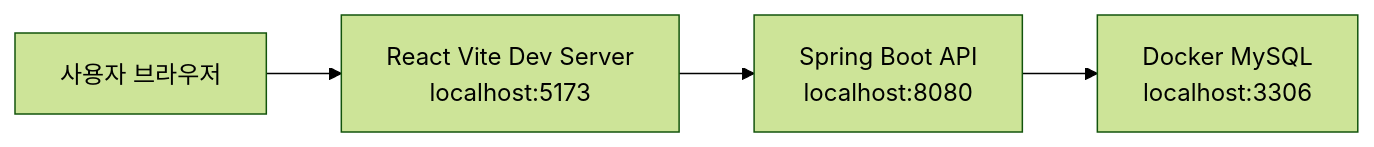
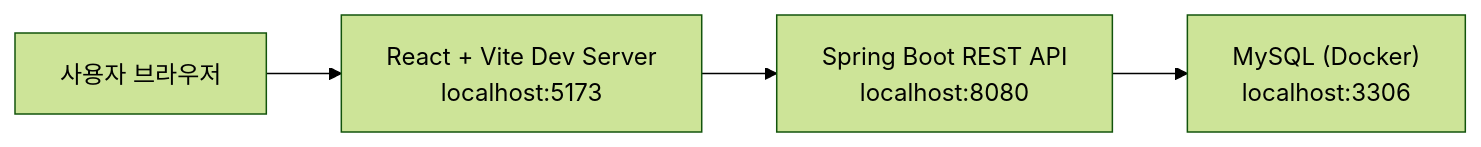
Before and after one commit to jeongbin5211/saas-wms-demo: the first of 3 diagrams in README.md, drawn with Mermaid (forest theme). The commit also changed other lines of this file, not shown here.

````diff
--- a/README.md
+++ b/README.md
@@ -169,11 +214,9 @@
 ```mermaid
 flowchart LR
     USER["사용자 브라우저"]
-    FE["React Vite Dev Server<br/>localhost:5173"]
-    BE["Spring Boot API<br/>localhost:8080"]
-    DB["Docker MySQL<br/>localhost:3306"]
+    FE["React + Vite Dev Server<br/>localhost:5173"]
+    BE["Spring Boot REST API<br/>localhost:8080"]
+    DB["MySQL (Docker)<br/>localhost:3306"]
 
-    USER --> FE
-    FE --> BE
-    BE --> DB
+    USER --> FE --> BE --> DB
 ```
````
